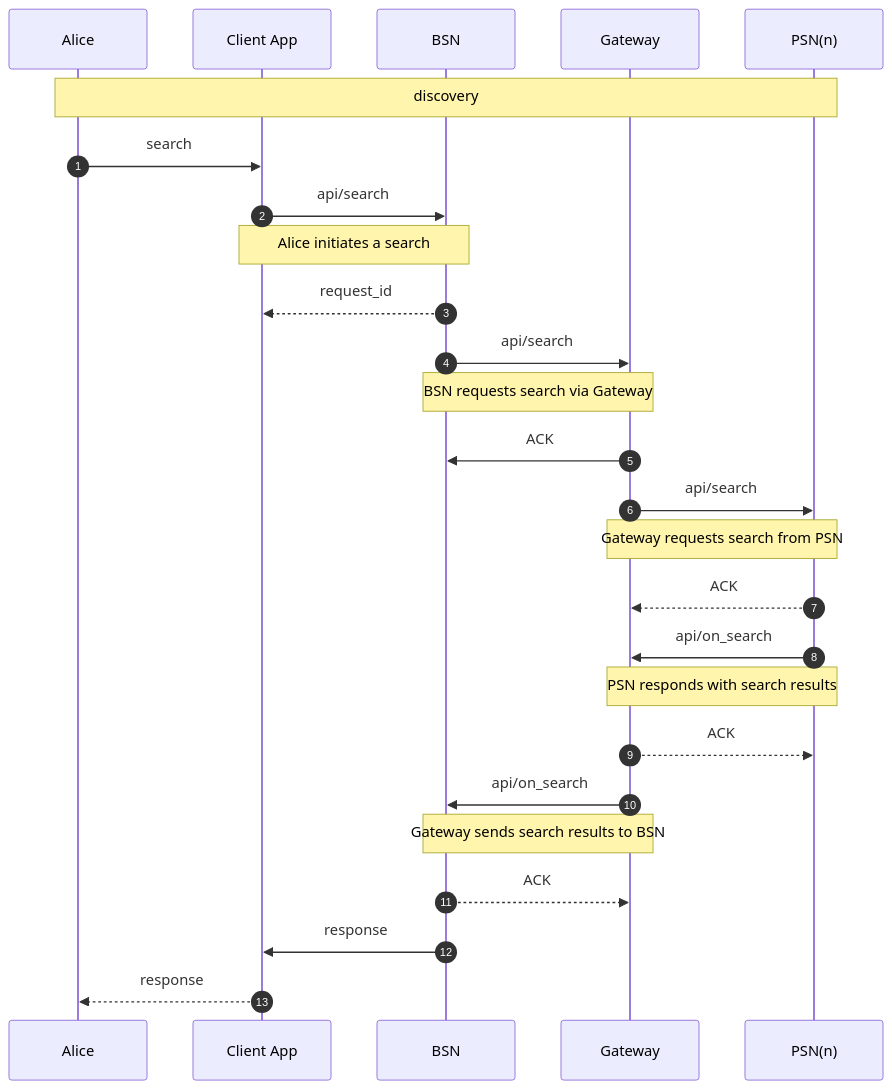
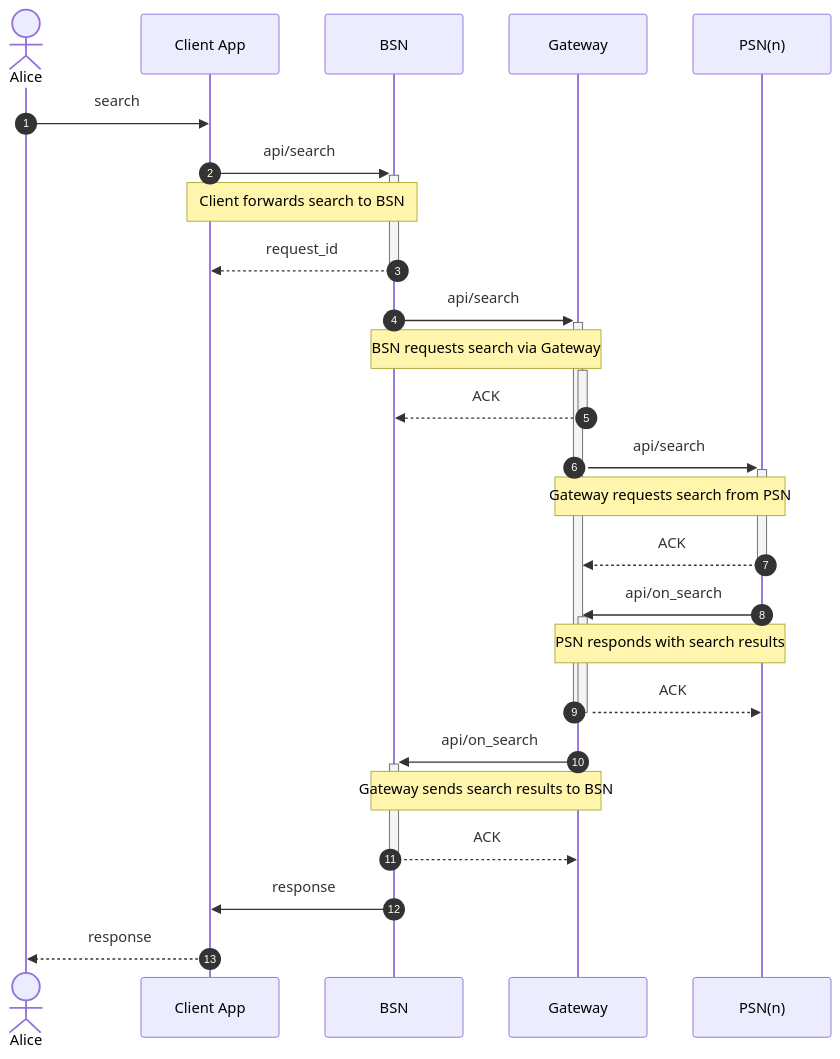
One commit to Palette-Labs-Inc/protocol changed the third of 13 diagrams in docs/OVERVIEW.md. Above: the diagram before and after it, drawn with Mermaid. The commit also changed other lines of this file and 1 other file, not shown here.

Commit message:
update to sequence diagrams

````diff
--- a/docs/OVERVIEW.md
+++ b/docs/OVERVIEW.md
@@ -72,29 +98,30 @@
 ```mermaid
 sequenceDiagram
     autonumber
-    participant Alice as Alice
+    actor Alice
     participant ClientApp as Client App
     participant BSN as BSN
     participant Gateway as Gateway
     participant PSNn as PSN(n)
 
-    Note over Alice, PSNn: discovery
-    Alice->>ClientApp: search
-    ClientApp->>BSN: api/search
-    Note over ClientApp,BSN: Alice initiates a search
-    BSN-->>ClientApp: request_id
-    BSN->>Gateway: api/search
+    Alice->>ClientApp: search 
+    ClientApp->>+BSN: api/search
+    Note over ClientApp,BSN: Client forwards search to BSN
+    BSN-->>-ClientApp: request_id
+    BSN->>+Gateway: api/search
     Note over BSN,Gateway: BSN requests search via Gateway
-    Gateway->>BSN: ACK
-    Gateway->>PSNn: api/search
+    activate Gateway
+    Gateway-->>-BSN: ACK
+    Gateway->>+PSNn: api/search
     Note over Gateway,PSNn: Gateway requests search from PSN
-    PSNn-->>Gateway: ACK
-    PSNn->>Gateway: api/on_search
+    PSNn-->>-Gateway: ACK
+    PSNn->>+Gateway: api/on_search
     Note over PSNn,Gateway: PSN responds with search results
-    Gateway-->>PSNn: ACK
-    Gateway->>BSN: api/on_search
+    Gateway-->>-PSNn: ACK
+    deactivate Gateway
+    Gateway->>+BSN: api/on_search
     Note over Gateway,BSN: Gateway sends search results to BSN
-    BSN-->>Gateway: ACK
+    BSN-->>-Gateway: ACK
     BSN->>ClientApp: response
     ClientApp-->>Alice: response
 ```
````
